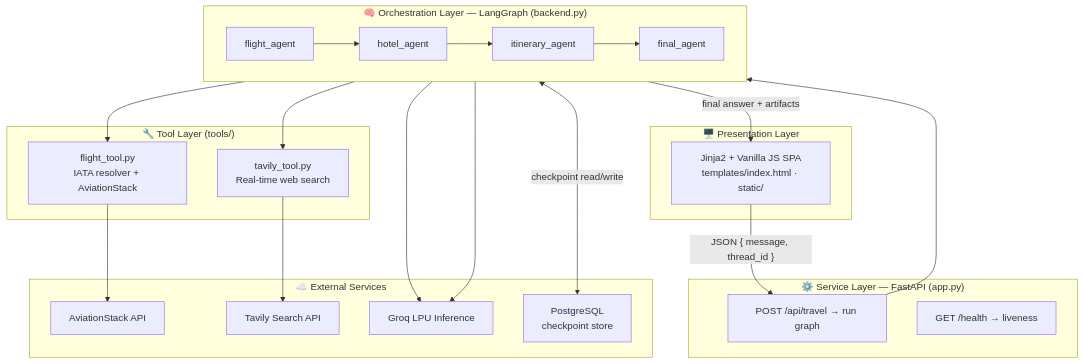
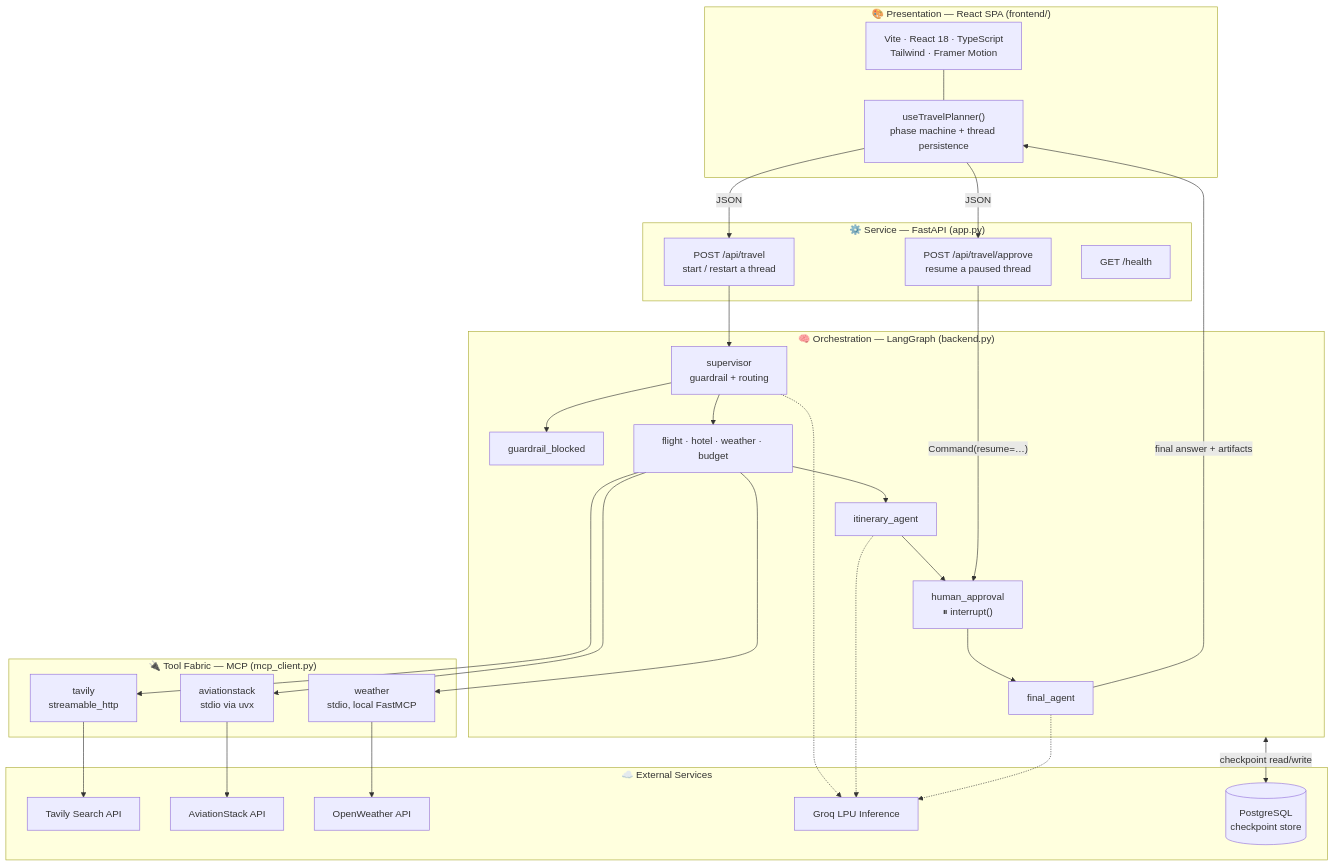
Before and after one commit to ayushYadav1107/VoyaGen-AI-: the first of 14 diagrams in README.md, drawn with Mermaid. The commit also changed other lines of this file and 49 other files, not shown here.

````diff
--- a/README.md
+++ b/README.md
@@ -118,39 +188,52 @@
 ```mermaid
 flowchart TB
-    subgraph Client["🖥️  Presentation Layer"]
-        UI["Jinja2 + Vanilla JS SPA<br/>templates/index.html · static/"]
+    subgraph Client["🎨  Presentation — React SPA (frontend/)"]
+        UI["Vite · React 18 · TypeScript<br/>Tailwind · Framer Motion"]
+        HK["useTravelPlanner()<br/>phase machine + thread persistence"]
+        UI --- HK
     end
 
-    subgraph API["⚙️  Service Layer — FastAPI (app.py)"]
-        R2["POST /api/travel → run graph"]
-        R3["GET /health → liveness"]
+    subgraph API["⚙️  Service — FastAPI (app.py)"]
+        R1["POST /api/travel<br/>start / restart a thread"]
+        R2["POST /api/travel/approve<br/>resume a paused thread"]
+        R3["GET /health"]
     end
 
-    subgraph Orchestration["🧠  Orchestration Layer — LangGraph (backend.py)"]
-        direction LR
-        A1["flight_agent"] --> A2["hotel_agent"]
-        A2 --> A3["itinerary_agent"]
-        A3 --> A4["final_agent"]
+    subgraph Graph["🧠  Orchestration — LangGraph (backend.py)"]
+        SUP["supervisor<br/>guardrail + routing"]
+        BLK["guardrail_blocked"]
+        SPEC["flight · hotel · weather · budget"]
+        ITIN["itinerary_agent"]
+        HITL["human_approval<br/>⏸ interrupt()"]
+        FIN["final_agent"]
+        SUP --> BLK
+        SUP --> SPEC --> ITIN --> HITL --> FIN
     end
 
-    subgraph Tools["🔧  Tool Layer (tools/)"]
-        T1["flight_tool.py<br/>IATA resolver + AviationStack"]
-        T2["tavily_tool.py<br/>Real-time web search"]
+    subgraph MCP["🔌  Tool Fabric — MCP (mcp_client.py)"]
+        M1["tavily<br/>streamable_http"]
+        M2["aviationstack<br/>stdio via uvx"]
+        M3["weather<br/>stdio, local FastMCP"]
     end
 
-    subgraph External["☁️  External Services"]
-        E1["AviationStack API"]
-        E2["Tavily Search API"]
-        E3["Groq LPU Inference"]
-        E4["PostgreSQL<br/>checkpoint store"]
+    subgraph Ext["☁️  External Services"]
+        E1["Tavily Search API"]
+        E2["AviationStack API"]
+        E3["OpenWeather API"]
+        E4["Groq LPU Inference"]
+        E5[("PostgreSQL<br/>checkpoint store")]
     end
 
-    UI -->|"JSON { message, thread_id }"| R2
-    R2 --> A1
-    A1 --> T1 --> E1
-    A2 --> T2 --> E2
-    A3 --> E3
-    A4 --> E3
-    Orchestration <-->|"checkpoint read/write"| E4
-    A4 -->|"final answer + artifacts"| UI
+    HK -->|"JSON"| R1
+    HK -->|"JSON"| R2
+    R1 --> SUP
+    R2 -->|"Command(resume=…)"| HITL
+    SPEC --> M1 --> E1
+    SPEC --> M2 --> E2
+    SPEC --> M3 --> E3
+    SUP -.-> E4
+    ITIN -.-> E4
+    FIN -.-> E4
+    Graph <-->|"checkpoint read/write"| E5
+    FIN -->|"final answer + artifacts"| HK
 ```
````
